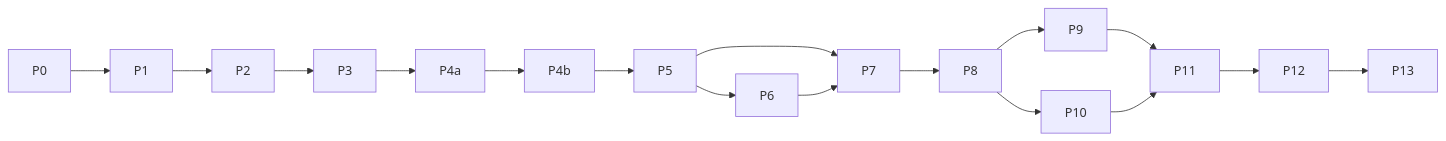
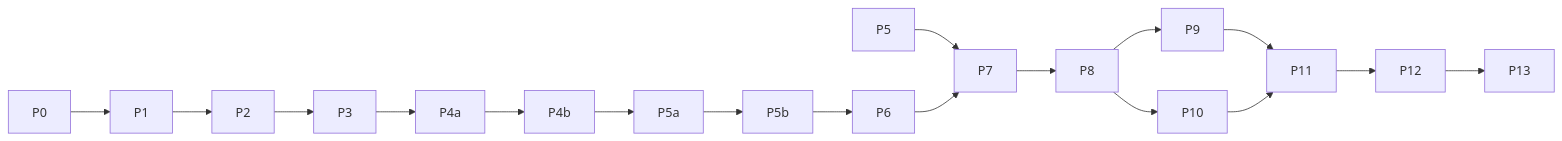
One commit to sukruertem-dev/Runvara-CRM changed the diagram in docs/phase-plan.md. Above: the diagram before and after it, drawn with Mermaid. The commit also changed other lines of this file and 45 other files, not shown here.

````diff
--- a/docs/phase-plan.md
+++ b/docs/phase-plan.md
@@ -28,11 +29,11 @@
 ```mermaid
 flowchart LR
-  P0 --> P1 --> P2 --> P3 --> P4a --> P4b --> P5 --> P6
+  P0 --> P1 --> P2 --> P3 --> P4a --> P4b --> P5a --> P5b --> P6
   P5 --> P7
   P6 --> P7 --> P8
   P8 --> P9
   P8 --> P10
   P9 --> P11
   P10 --> P11
   P11 --> P12 --> P13
 ```
````
